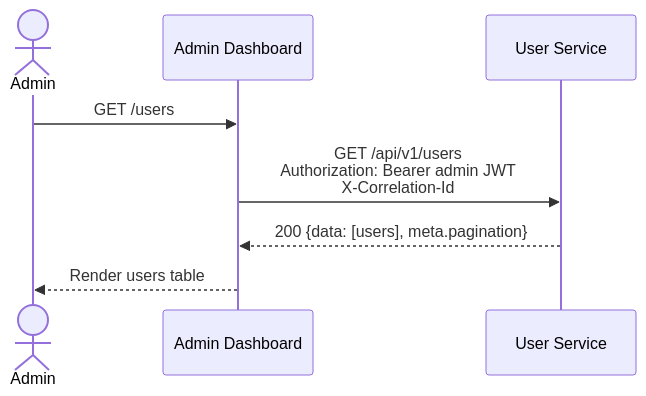
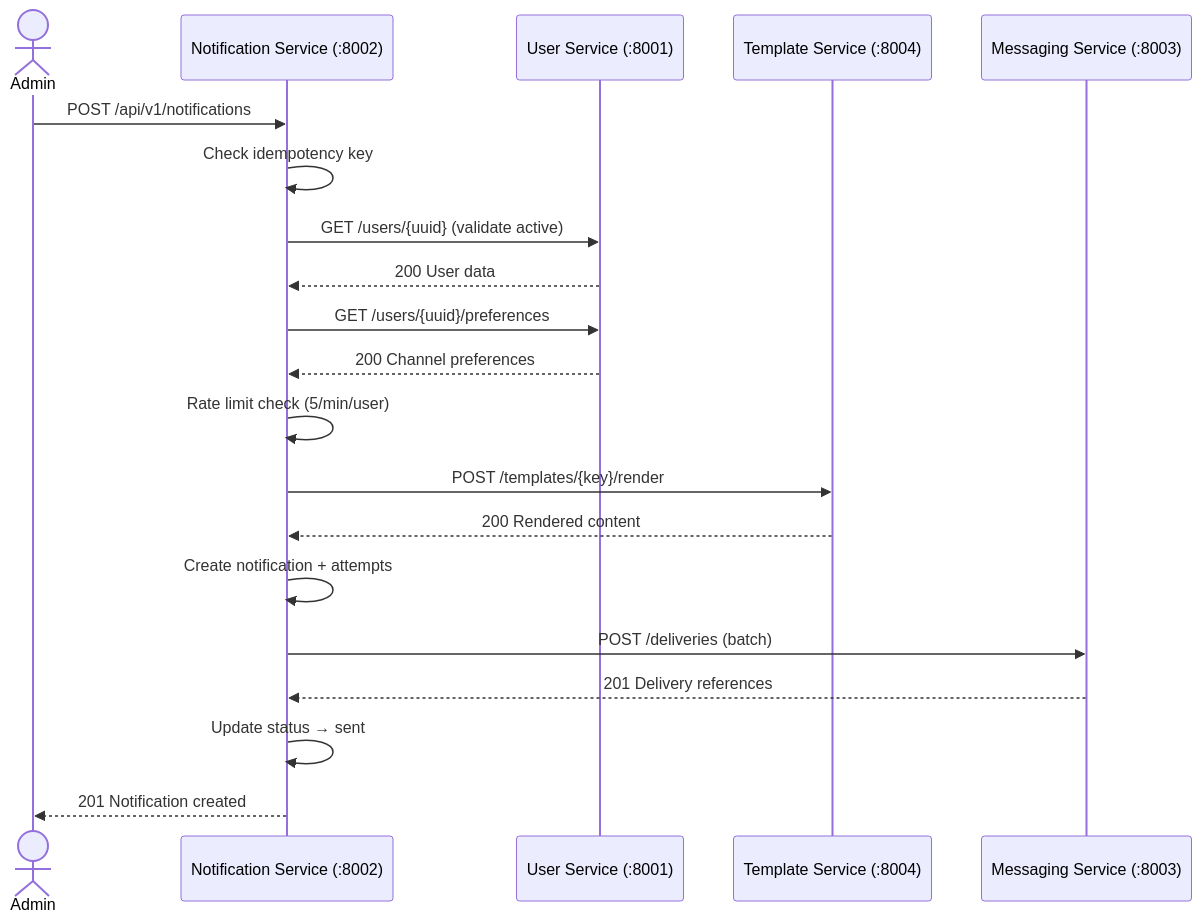
Before and after one commit to M7MDSAMM/notification-platform: the third of 5 diagrams in docs/architecture.md, drawn with Mermaid. The commit also changed other lines of this file and 10 other files, not shown here.

````diff
--- a/docs/architecture.md
+++ b/docs/architecture.md
@@ -61,10 +96,23 @@
 ```mermaid
 sequenceDiagram
     actor Admin
-    participant AD as Admin Dashboard
-    participant US as User Service
-    Admin->>AD: GET /users
-    AD->>US: GET /api/v1/users<br/>Authorization: Bearer admin JWT<br/>X-Correlation-Id
-    US-->>AD: 200 {data: [users], meta.pagination}
-    AD-->>Admin: Render users table
+    participant NS as Notification Service (:8002)
+    participant US as User Service (:8001)
+    participant TS as Template Service (:8004)
+    participant MS as Messaging Service (:8003)
+
+    Admin->>NS: POST /api/v1/notifications
+    NS->>NS: Check idempotency key
+    NS->>US: GET /users/{uuid} (validate active)
+    US-->>NS: 200 User data
+    NS->>US: GET /users/{uuid}/preferences
+    US-->>NS: 200 Channel preferences
+    NS->>NS: Rate limit check (5/min/user)
+    NS->>TS: POST /templates/{key}/render
+    TS-->>NS: 200 Rendered content
+    NS->>NS: Create notification + attempts
+    NS->>MS: POST /deliveries (batch)
+    MS-->>NS: 201 Delivery references
+    NS->>NS: Update status → sent
+    NS-->>Admin: 201 Notification created
 ```
````
